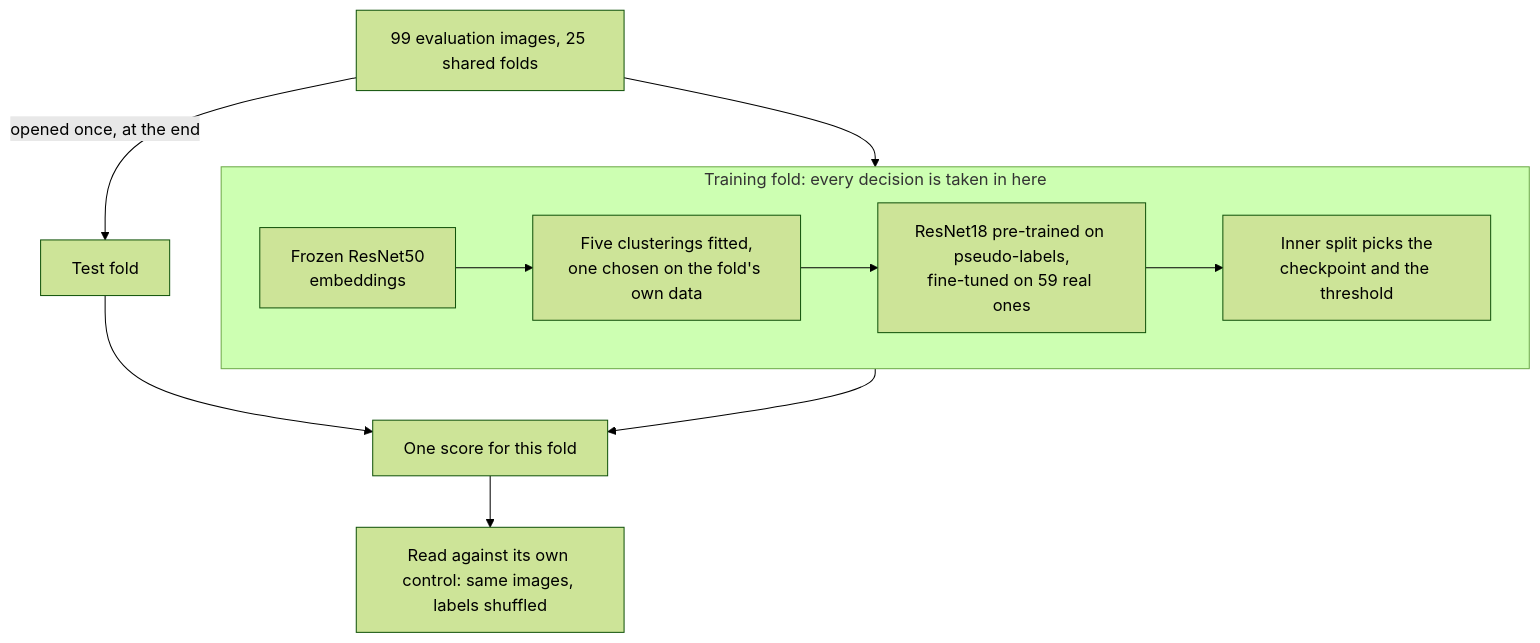
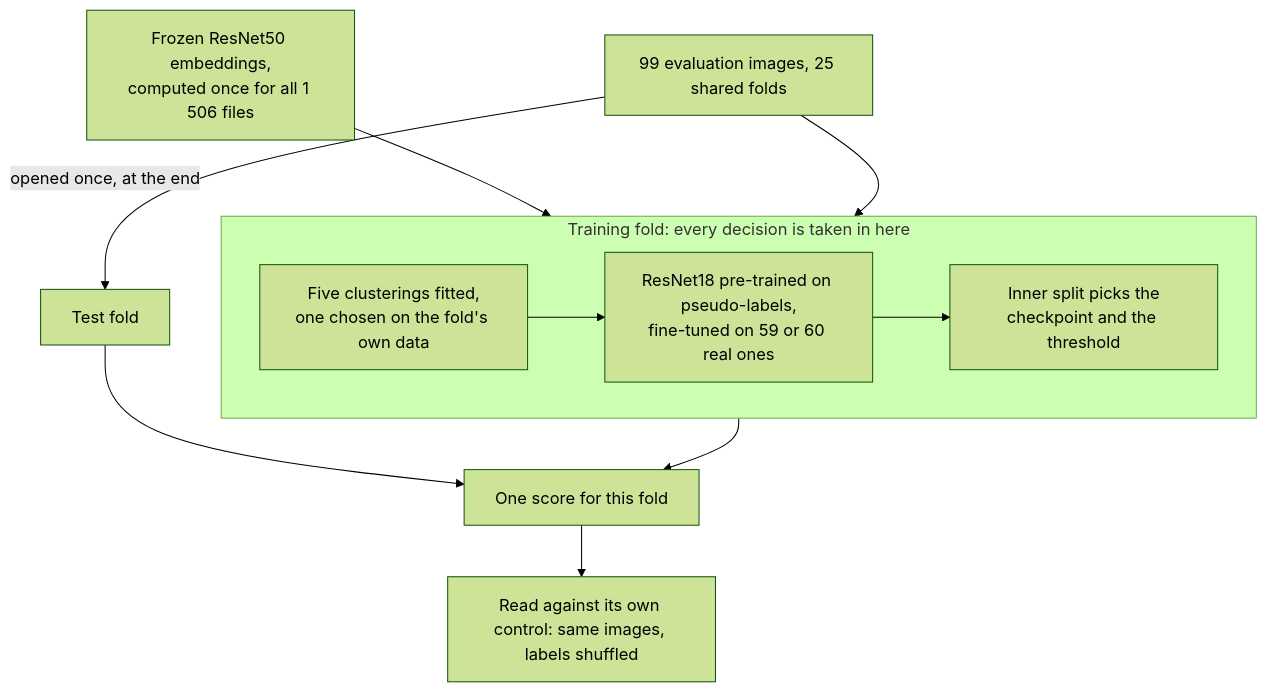
Before and after one commit to BenoitJT-GIRARD/mri-semisupervised: the diagram in README.md, drawn with Mermaid (forest theme). The commit also changed other lines of this file and 4 other files, not shown here.

````diff
--- a/README.md
+++ b/README.md
@@ -246,19 +276,20 @@
 ```mermaid
 flowchart TB
+    EMB["Frozen ResNet50 embeddings,<br/>computed once for all 1 506 files"]
     POOL["99 evaluation images, 25 shared folds"]
     POOL --> TRAIN
     POOL -->|"opened once, at the end"| TEST["Test fold"]
 
     subgraph TRAIN["Training fold: every decision is taken in here"]
         direction LR
-        EMB["Frozen ResNet50<br/>embeddings"]
         PICK["Five clusterings fitted,<br/>one chosen on the fold's own data"]
-        NET["ResNet18 pre-trained on pseudo-labels,<br/>fine-tuned on 59 real ones"]
+        NET["ResNet18 pre-trained on pseudo-labels,<br/>fine-tuned on 59 or 60 real ones"]
         INNER["Inner split picks the<br/>checkpoint and the threshold"]
-        EMB --> PICK --> NET --> INNER
+        PICK --> NET --> INNER
     end
 
+    EMB --> PICK
     TRAIN --> SCORE["One score for this fold"]
     TEST --> SCORE
     SCORE --> PAIRED["Read against its own control: same images, labels shuffled"]
 ```
````
